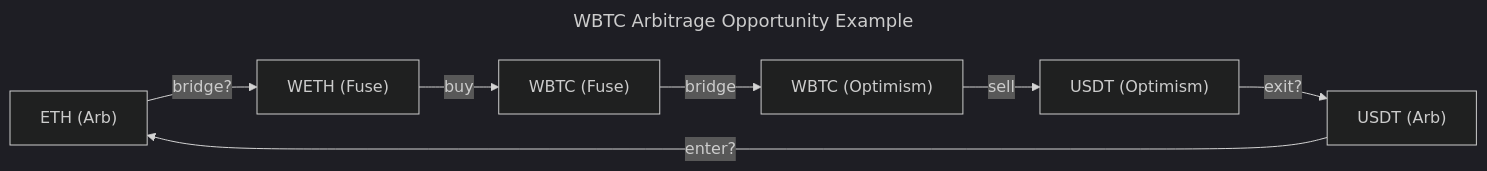
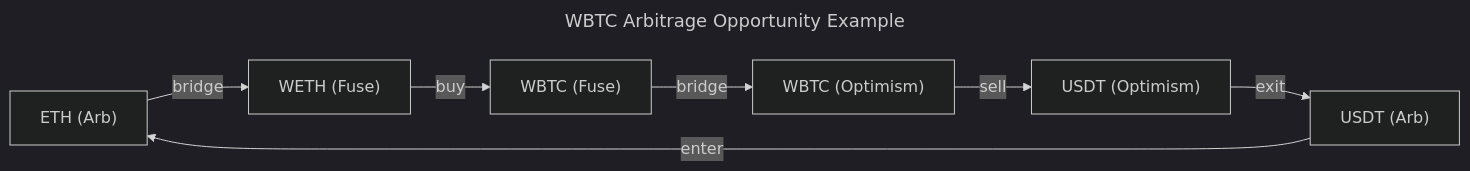
One commit to Cross-chain-arbitrage/arb-bot changed the second of 2 diagrams in docs/stage-2.md. Above: the diagram before and after it, drawn with Mermaid (dark theme). The commit also changed other lines of this file, not shown here.

````diff
--- a/docs/stage-2.md
+++ b/docs/stage-2.md
@@ -77,16 +81,16 @@
 ```mermaid
 ---
 title: WBTC Arbitrage Opportunity Example
 ---
 flowchart LR
     EA["ETH (Arb)"]
     OA["WBTC (Fuse)"]
     BO["WBTC (Optimism)"]
     BA["USDT (Arb)"]
     EF["WETH (Fuse)"]
     UO["USDT (Optimism)"]
 
-    BA --> |enter?| EA
-    EA --> |bridge?| EF --> |buy| OA --> |bridge| BO --> |sell| UO
-    UO --> |exit?| BA
+    BA --> |enter| EA
+    EA --> |bridge| EF --> |buy| OA --> |bridge| BO --> |sell| UO
+    UO --> |exit| BA
 ```
````
